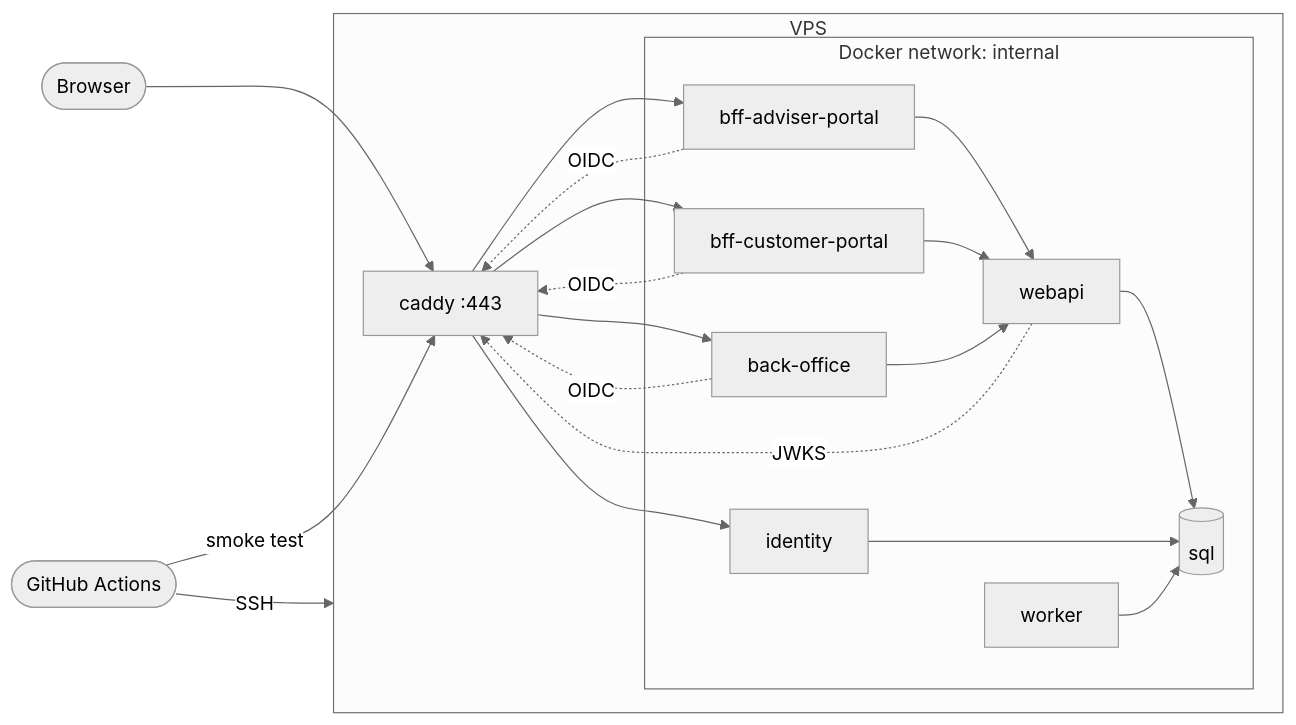
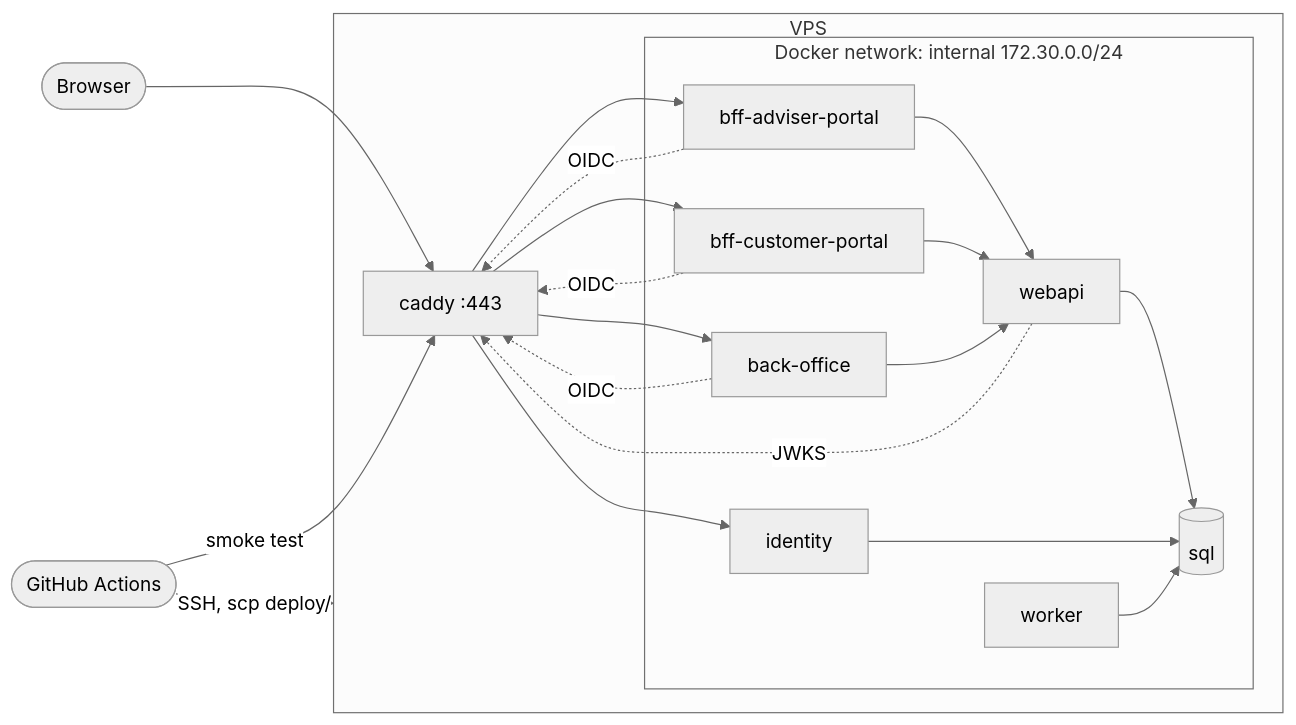
The diagram in docs/deployment.md (louis297/MyWealthV2), drawn with Mermaid (neutral theme) before and after one commit. The commit also changed other lines of this file, not shown here.

Commit message:
Update deployment doc with the decisions for the first deploy

````diff
--- a/docs/deployment.md
+++ b/docs/deployment.md
@@ -74,25 +85,25 @@
 ```mermaid
 flowchart LR
     browser([Browser])
     gha([GitHub Actions])
     subgraph vps[VPS]
         caddy[caddy :443]
-        subgraph internal[Docker network: internal]
+        subgraph internal[Docker network: internal 172.30.0.0/24]
             identity
             bffa[bff-adviser-portal]
             bffc[bff-customer-portal]
             bo[back-office]
             webapi
             worker
             sql[(sql)]
         end
     end
     browser --> caddy
-    gha -- SSH --> vps
+    gha -- SSH, scp deploy/ --> vps
     gha -- smoke test --> caddy
     caddy --> identity & bffa & bffc & bo
     bffa & bffc & bo --> webapi
     bffa & bffc & bo -. OIDC .-> caddy
     webapi -. JWKS .-> caddy
     webapi & identity & worker --> sql
 ```
````
